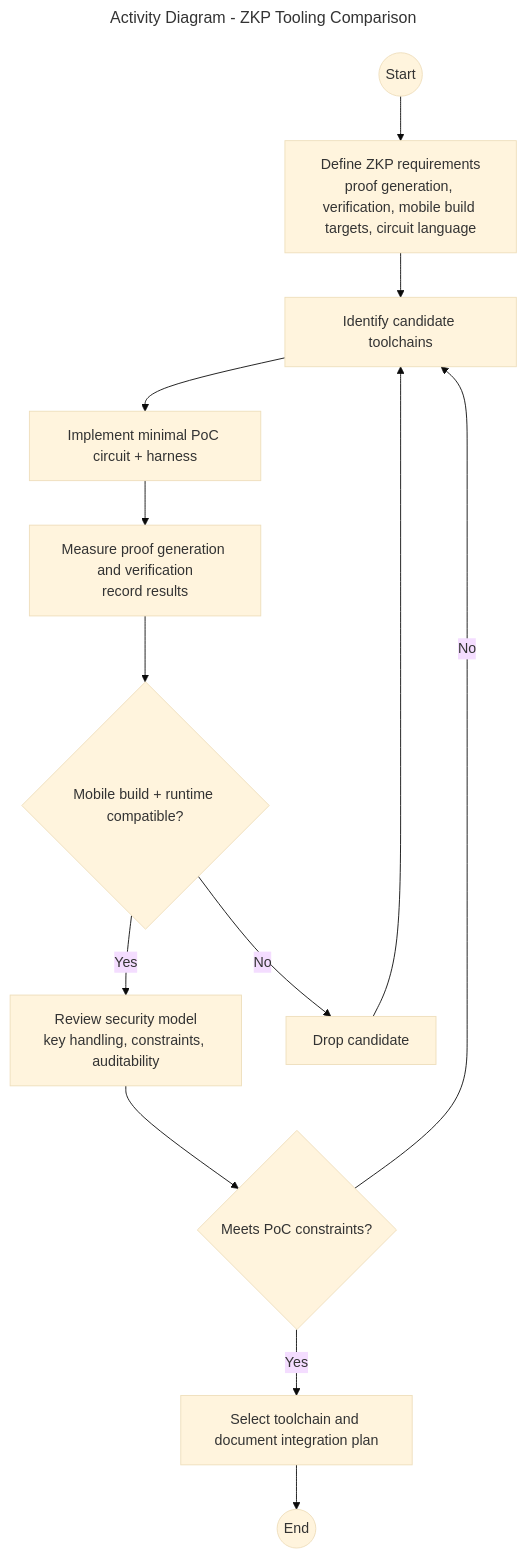
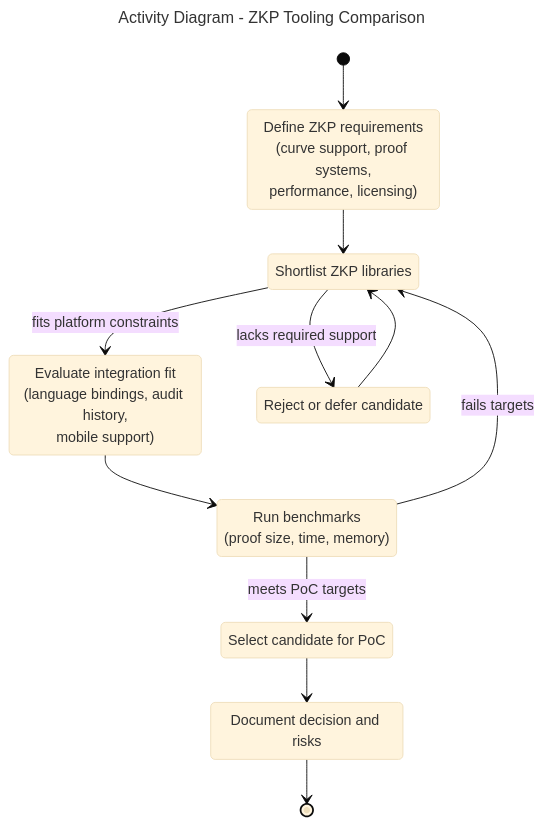
One commit to CHATEAUFORGE-LLC/QuantumZero changed the diagram in diagrams/activity-server-zkp-tooling-comparison.mmd. Above: the diagram before and after it, drawn with Mermaid. The commit also changed 89 other files, not shown here.

Commit message:
further diagram enhancment to align with notation

```diff
--- a/diagrams/activity-server-zkp-tooling-comparison.mmd
+++ b/diagrams/activity-server-zkp-tooling-comparison.mmd
@@ -1,19 +1,25 @@
 ---
 title: Activity Diagram - ZKP Tooling Comparison
 config:
   theme: base
 ---
-%% QuantumZero UML palette note: actors/external=#fff7e6/#b45309, system/component=#e0f2fe/#075985, datastore=#ecfccb/#4d7c0f, notes=#fff9c4/#d97706. Aligns diagrams to Deliverable 1 UML/DFD theme.
-flowchart TD
-    Start((Start)) --> Criteria[Define ZKP requirements<br/>proof generation, verification, mobile build targets, circuit language]
-    Criteria --> Candidates[Identify candidate toolchains]
-    Candidates --> PoC[Implement minimal PoC circuit + harness]
-    PoC --> Measure[Measure proof generation and verification<br/>record results]
-    Measure --> Compat{Mobile build + runtime compatible?}
-    Compat -->|Yes| Security[Review security model<br/>key handling, constraints, auditability]
-    Compat -->|No| Drop[Drop candidate]
-    Security --> Decide{Meets PoC constraints?}
-    Decide -->|Yes| Select[Select toolchain and document integration plan]
-    Decide -->|No| Candidates
-    Drop --> Candidates
-    Select --> End((End))
+%% UML Activity (stateDiagram-v2 approximation) for ZKP tooling comparison workflow.
+stateDiagram-v2
+    state "Define ZKP requirements<br>(curve support, proof systems,<br>performance, licensing)" as Define
+    state "Shortlist ZKP libraries" as Shortlist
+    state "Evaluate integration fit<br>(language bindings, audit history,<br>mobile support)" as Fit
+    state "Run benchmarks<br>(proof size, time, memory)" as Bench
+    state "Select candidate for PoC" as Select
+    state "Reject or defer candidate" as Reject
+    state "Document decision and risks" as Document
+
+    [*] --> Define
+    Define --> Shortlist
+    Shortlist --> Fit: fits platform constraints
+    Shortlist --> Reject: lacks required support
+    Fit --> Bench
+    Bench --> Select: meets PoC targets
+    Bench --> Shortlist: fails targets
+    Reject --> Shortlist
+    Select --> Document
+    Document --> [*]
```
